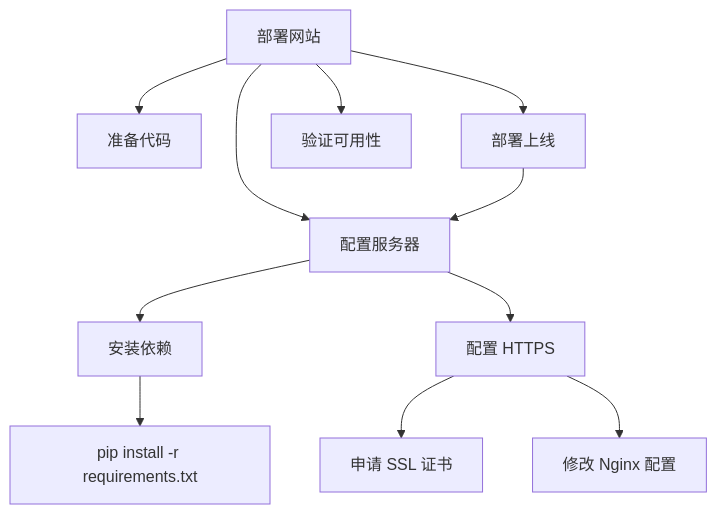
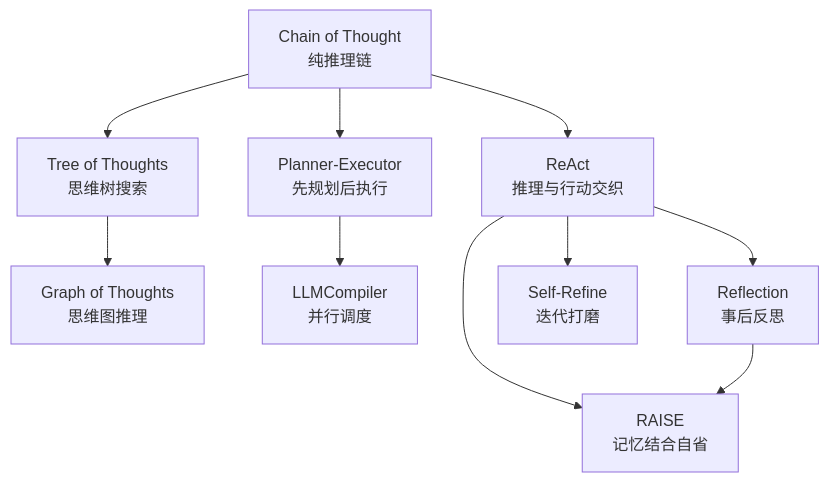
Before and after one commit to fenixsoft/dmla: the fourth of 4 diagrams in docs/agent-applications/agent-systems/llm-to-agent.md, drawn with Mermaid. The commit also changed other lines of this file and 1 other file, not shown here.

````diff
--- a/docs/agent-applications/agent-systems/llm-to-agent.md
+++ b/docs/agent-applications/agent-systems/llm-to-agent.md
@@ -111,13 +113,14 @@
-```mermaid
+```mermaid compact
 graph TD
-    A[部署网站] --> B[准备代码]
-    A --> C[配置服务器]
-    A --> D[部署上线]
-    A --> E[验证可用性]
-    C --> F[安装依赖]
-    C --> G[配置 HTTPS]
-    D --> C
-    F --> H[pip install -r requirements.txt]
-    G --> I[申请 SSL 证书]
-    G --> J[修改 Nginx 配置]
+    CT[Chain of Thought<br/>纯推理链] --> RA[ReAct<br/>推理与行动交织]
+    CT --> TT[Tree of Thoughts<br/>思维树搜索]
+    CT --> PE[Planner-Executor<br/>先规划后执行]
+
+    TT --> GT[Graph of Thoughts<br/>思维图推理]
+    PE --> LC[LLMCompiler<br/>并行调度]
+
+    RA --> RF[Reflection<br/>事后反思]
+    RA --> SR[Self-Refine<br/>迭代打磨]
+    RA --> RS[RAISE<br/>记忆结合自省]
+    RF --> RS
 ```
````
